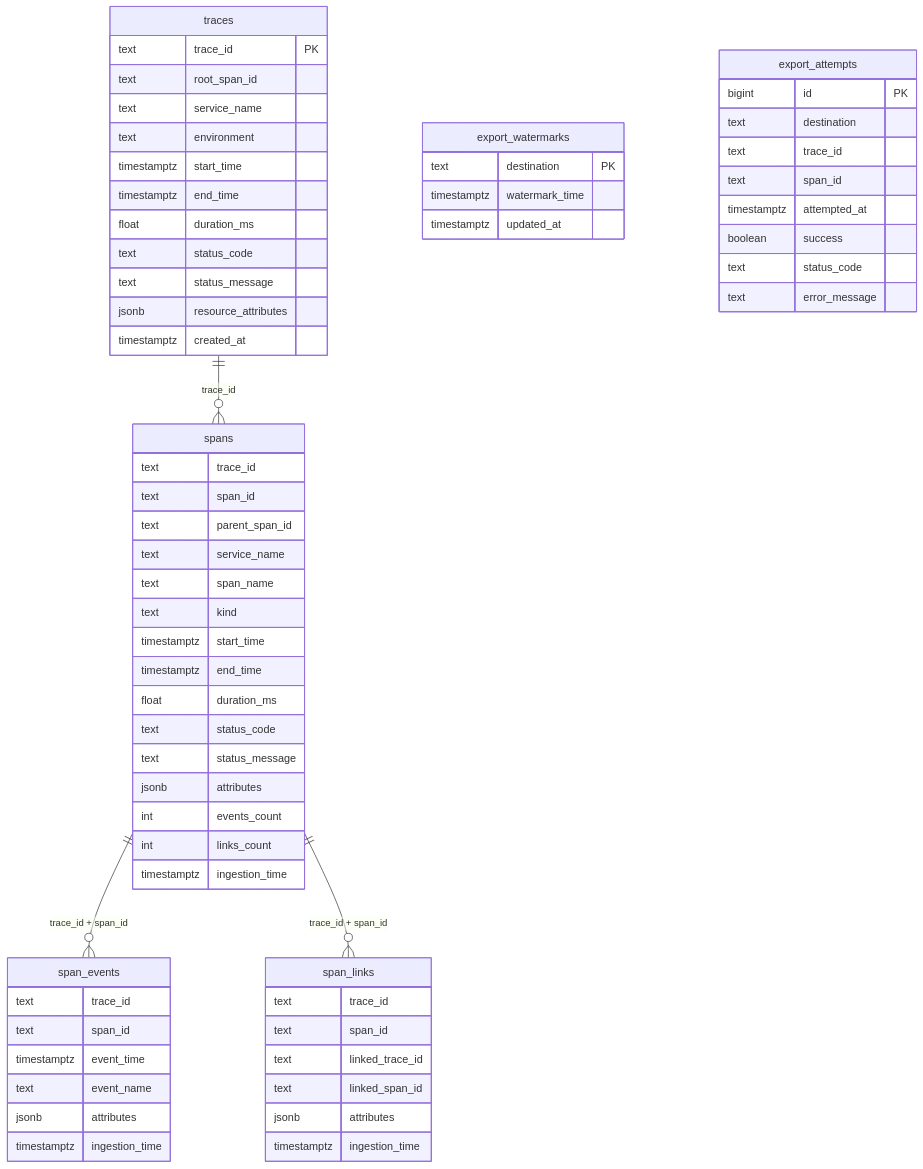
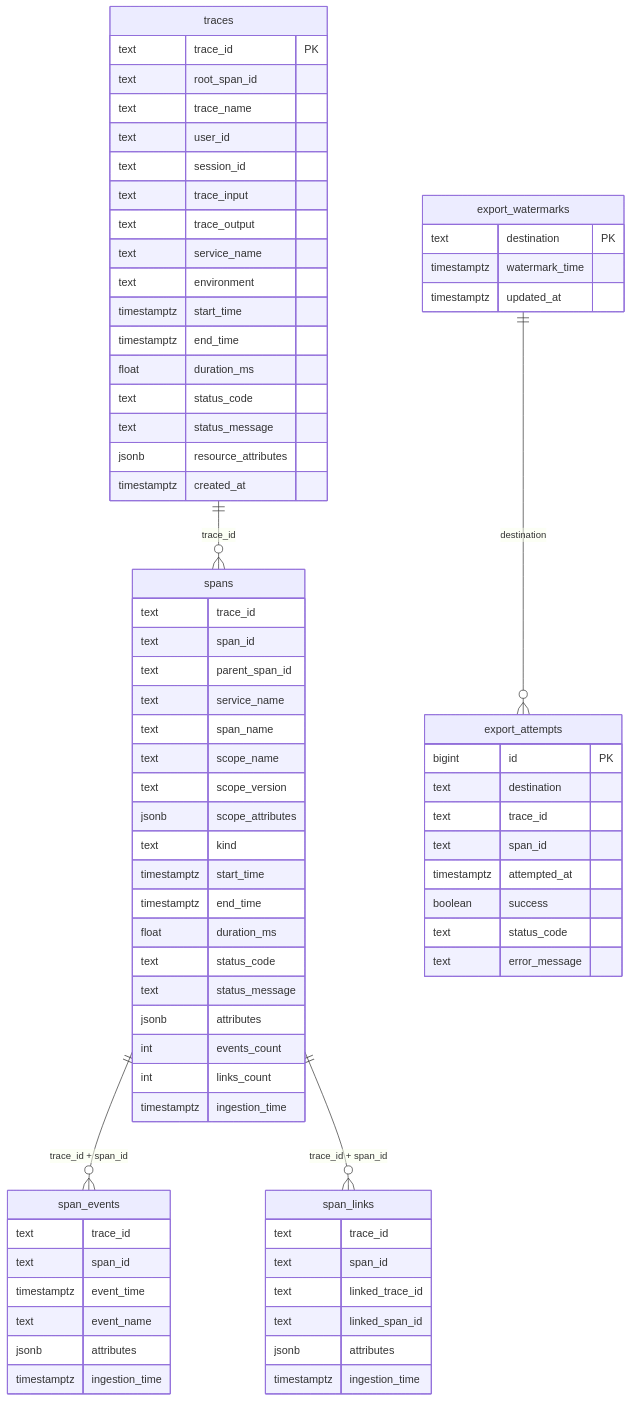
The diagram in docs/otel_schema_visualization.md (RDK995/AgenticOtelTracing), drawn with Mermaid before and after one commit. The commit also changed 2 other files, not shown here.

Commit message:
Update README and add architecture/database diagrams

````diff
--- a/docs/otel_schema_visualization.md
+++ b/docs/otel_schema_visualization.md
@@ -5,73 +5,82 @@
 ```mermaid
 erDiagram
     traces {
         text trace_id PK
         text root_span_id
+        text trace_name
+        text user_id
+        text session_id
+        text trace_input
+        text trace_output
         text service_name
         text environment
         timestamptz start_time
         timestamptz end_time
         float duration_ms
         text status_code
         text status_message
         jsonb resource_attributes
         timestamptz created_at
     }
 
     spans {
         text trace_id
         text span_id
         text parent_span_id
         text service_name
         text span_name
+        text scope_name
+        text scope_version
+        jsonb scope_attributes
         text kind
         timestamptz start_time
         timestamptz end_time
         float duration_ms
         text status_code
         text status_message
         jsonb attributes
         int events_count
         int links_count
         timestamptz ingestion_time
     }
 
     span_events {
         text trace_id
         text span_id
         timestamptz event_time
         text event_name
         jsonb attributes
         timestamptz ingestion_time
     }
 
     span_links {
         text trace_id
         text span_id
         text linked_trace_id
         text linked_span_id
         jsonb attributes
         timestamptz ingestion_time
     }
 
     export_watermarks {
         text destination PK
         timestamptz watermark_time
         timestamptz updated_at
     }
 
     export_attempts {
         bigint id PK
         text destination
         text trace_id
         text span_id
         timestamptz attempted_at
         boolean success
         text status_code
         text error_message
     }
 
     traces ||--o{ spans : "trace_id"
     spans ||--o{ span_events : "trace_id + span_id"
     spans ||--o{ span_links : "trace_id + span_id"
+    export_watermarks ||--o{ export_attempts : "destination"
 ```
````
